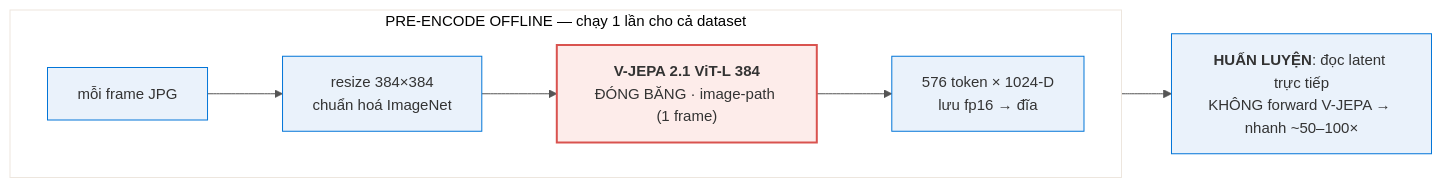
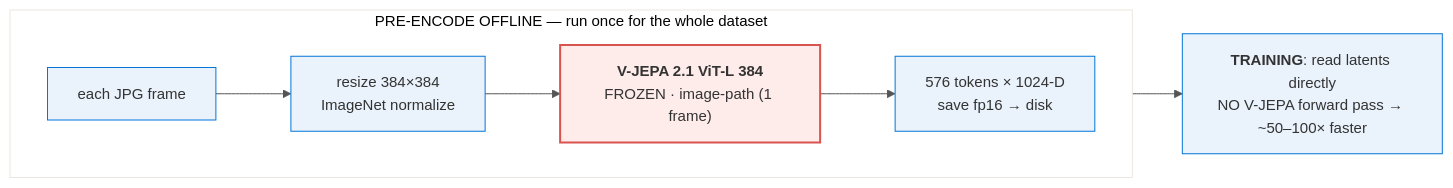
The second of 4 diagrams in docs/report/2_REPORT_FULL.md (Anakonkai01/JEPA), drawn with Mermaid before and after one commit. The commit also changed other lines of this file, not shown here.

````diff
--- a/docs/report/2_REPORT_FULL.md
+++ b/docs/report/2_REPORT_FULL.md
@@ -355,13 +1078,13 @@
 ```mermaid
 %%{init: {'theme':'base','themeVariables':{'fontSize':'15px','primaryColor':'#eaf2fb','primaryBorderColor':'#0275d8','lineColor':'#555'}}}%%
 flowchart LR
-  subgraph OFF["PRE-ENCODE OFFLINE — chạy 1 lần cho cả dataset"]
+  subgraph OFF["PRE-ENCODE OFFLINE — run once for the whole dataset"]
     direction LR
-    A["mỗi frame JPG"] --> B["resize 384×384<br/>chuẩn hoá ImageNet"]
-    B --> C["<b>V-JEPA 2.1 ViT-L 384</b><br/>ĐÓNG BĂNG · image-path (1 frame)"]
-    C --> D["576 token × 1024-D<br/>lưu fp16 → đĩa"]
+    A["each JPG frame"] --> B["resize 384×384<br/>ImageNet normalize"]
+    B --> C["<b>V-JEPA 2.1 ViT-L 384</b><br/>FROZEN · image-path (1 frame)"]
+    C --> D["576 tokens × 1024-D<br/>save fp16 → disk"]
   end
-  D --> E["<b>HUẤN LUYỆN</b>: đọc latent trực tiếp<br/>KHÔNG forward V-JEPA → nhanh ~50–100×"]
+  D --> E["<b>TRAINING</b>: read latents directly<br/>NO V-JEPA forward pass → ~50–100× faster"]
   classDef frozen fill:#fdecea,stroke:#d9534f,stroke-width:2px;
   class C frozen;
 ```
````
